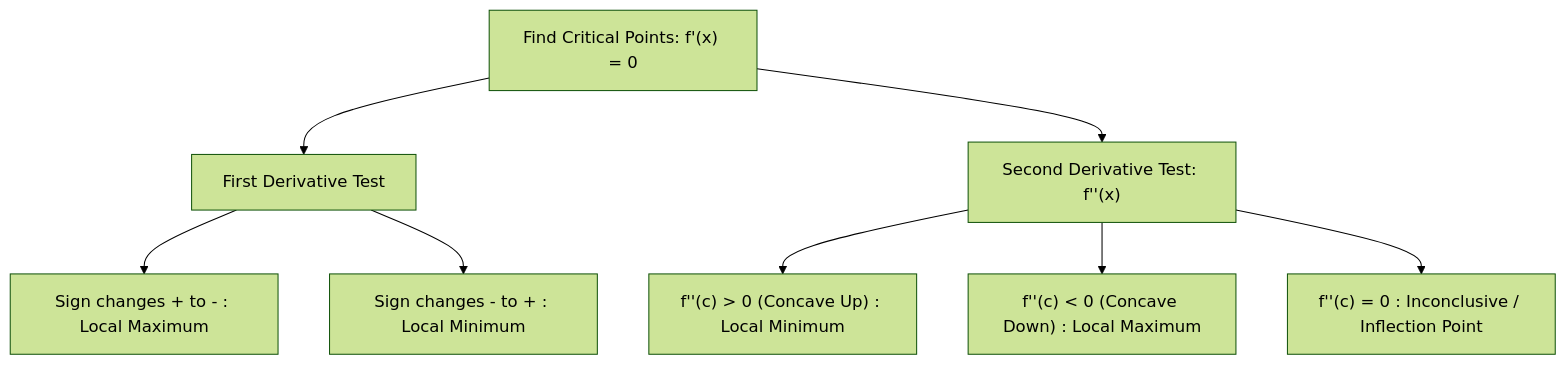
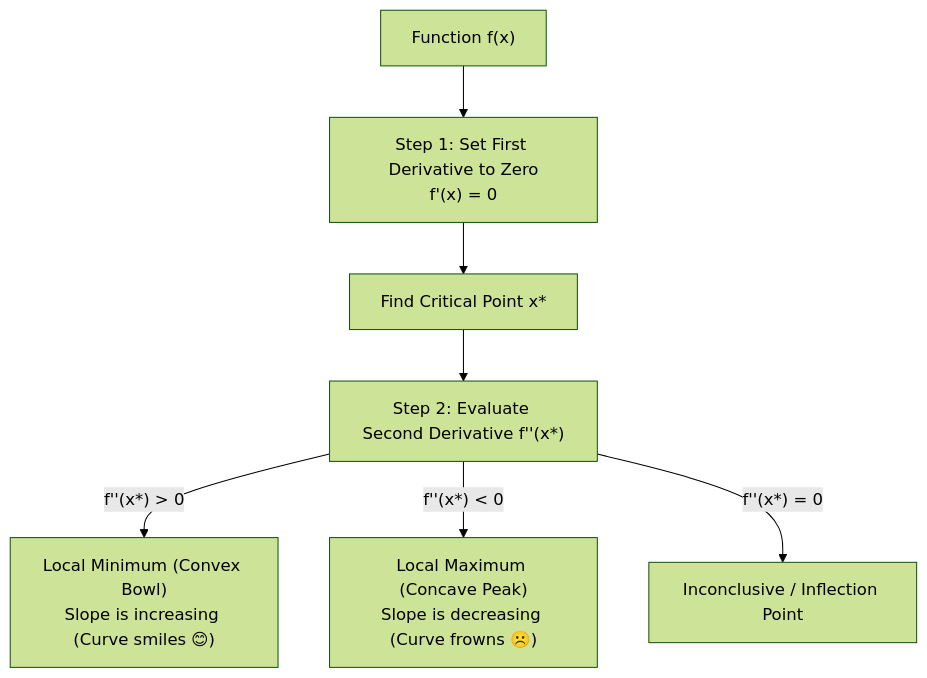
One commit to S1h2i3v4a/AI_ML changed the diagram in lecture_22/Notes_22.08/README.md. Above: the diagram before and after it, drawn with Mermaid (forest theme). The commit also changed other lines of this file and 156 other files, not shown here.

Commit message:
docs(lectures 22-24): align notes with video lectures, add blackboard diagrams, clean structured functions, and compile vector PDFs

````diff
--- a/lecture_22/Notes_22.08/README.md
+++ b/lecture_22/Notes_22.08/README.md
@@ -21,10 +10,9 @@
 ```mermaid
-graph TD
-    A["Find Critical Points: f'(x) = 0"] --> B["First Derivative Test"]
-    A --> C["Second Derivative Test: f''(x)"]
-    B --> D["Sign changes + to - : Local Maximum"]
-    B --> E["Sign changes - to + : Local Minimum"]
-    C --> F["f''(c) > 0 (Concave Up) : Local Minimum"]
-    C --> G["f''(c) < 0 (Concave Down) : Local Maximum"]
-    C --> H["f''(c) = 0 : Inconclusive / Inflection Point"]
+flowchart TD
+    Start["Function f(x)"] --> First["Step 1: Set First Derivative to Zero<br/>f'(x) = 0"]
+    First --> Solve["Find Critical Point x*"]
+    Solve --> Second["Step 2: Evaluate Second Derivative f''(x*)"]
+    Second -->|"f''(x*) > 0"| Min["Local Minimum (Convex Bowl)<br/>Slope is increasing (Curve smiles 😊)"]
+    Second -->|"f''(x*) < 0"| Max["Local Maximum (Concave Peak)<br/>Slope is decreasing (Curve frowns ☹️)"]
+    Second -->|"f''(x*) = 0"| Inconclusive["Inconclusive / Inflection Point"]
 ```
````
